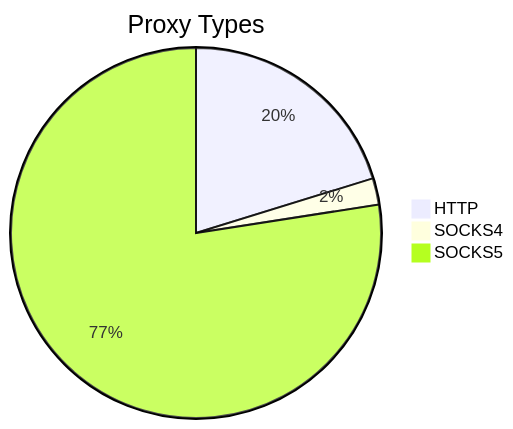
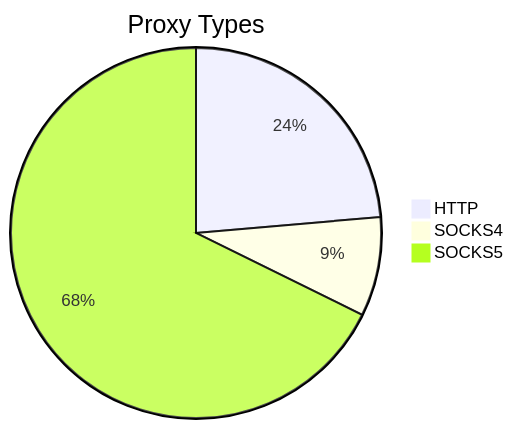
One commit to stormsia/proxy-list changed the first of 2 diagrams in README.md. Above: the diagram before and after it, drawn with Mermaid. The commit also changed other lines of this file, not shown here.

````diff
--- a/README.md
+++ b/README.md
@@ -21,6 +21,6 @@
 ```mermaid
 pie title Proxy Types
-    "HTTP" : 35
-    "SOCKS4" : 4
-    "SOCKS5" : 134
+    "HTTP" : 30
+    "SOCKS4" : 11
+    "SOCKS5" : 86
 ```
````
